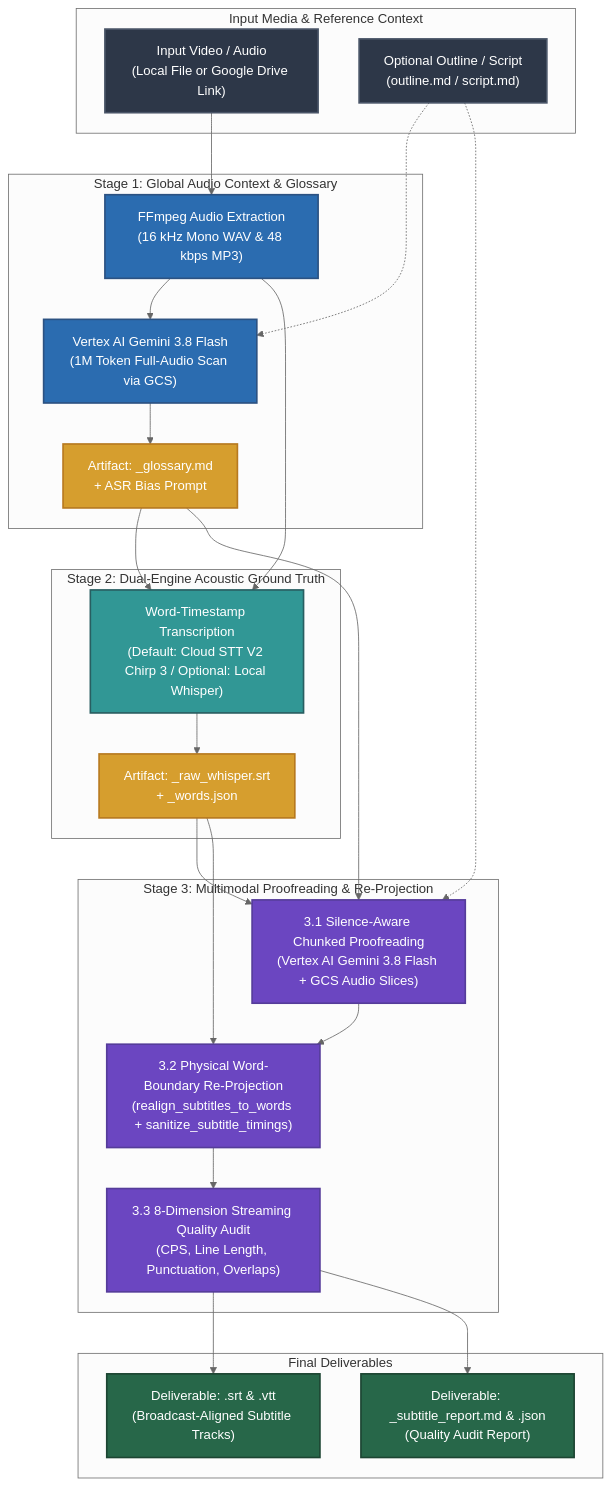
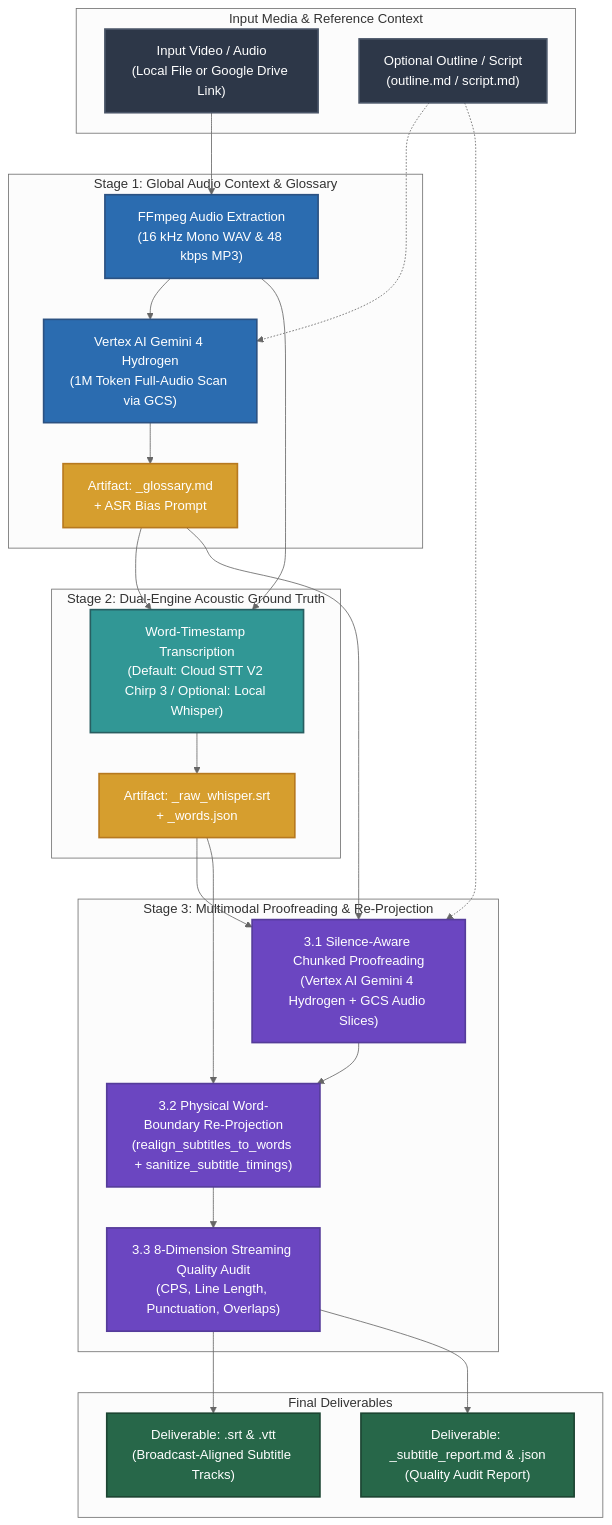
The diagram in README.md (sylphlin/subtitle-craft), drawn with Mermaid (neutral theme) before and after one commit. The commit also changed other lines of this file and 13 other files, not shown here.

First line of the commit message:
feat(model): upgrade Stage 1 and Stage 3 LLM to Gemini 4 Hydrogen (gemini-4-hydrogen)

````diff
--- a/README.md
+++ b/README.md
@@ -74,52 +79,52 @@
 ```mermaid
 flowchart TD
     classDef inputStyle fill:#2D3748,stroke:#4A5568,stroke-width:2px,color:#fff;
     classDef stage1Style fill:#2B6CB0,stroke:#2C5282,stroke-width:2px,color:#fff;
     classDef stage2Style fill:#319795,stroke:#285E61,stroke-width:2px,color:#fff;
     classDef stage3Style fill:#6B46C1,stroke:#553C9A,stroke-width:2px,color:#fff;
     classDef artifactStyle fill:#D69E2E,stroke:#B7791F,stroke-width:2px,color:#fff;
     classDef outputStyle fill:#276749,stroke:#1C4532,stroke-width:2px,color:#fff;
 
     subgraph Inputs["Input Media & Reference Context"]
         IN["Input Video / Audio<br/>(Local File or Google Drive Link)"]:::inputStyle
         REF["Optional Outline / Script<br/>(outline.md / script.md)"]:::inputStyle
     end
 
     subgraph Stage1["Stage 1: Global Audio Context & Glossary"]
         S0["FFmpeg Audio Extraction<br/>(16 kHz Mono WAV & 48 kbps MP3)"]:::stage1Style
-        S1["Vertex AI Gemini 3.8 Flash<br/>(1M Token Full-Audio Scan via GCS)"]:::stage1Style
+        S1["Vertex AI Gemini 4 Hydrogen<br/>(1M Token Full-Audio Scan via GCS)"]:::stage1Style
         GL["Artifact: <basename>_glossary.md<br/>+ ASR Bias Prompt"]:::artifactStyle
     end
 
     subgraph Stage2["Stage 2: Dual-Engine Acoustic Ground Truth"]
         S2["Word-Timestamp Transcription<br/>(Default: Cloud STT V2 Chirp 3 / Optional: Local Whisper)"]:::stage2Style
         WD["Artifact: <basename>_raw_whisper.srt<br/>+ <basename>_words.json"]:::artifactStyle
     end
 
     subgraph Stage3["Stage 3: Multimodal Proofreading & Re-Projection"]
-        S3_1["3.1 Silence-Aware Chunked Proofreading<br/>(Vertex AI Gemini 3.8 Flash + GCS Audio Slices)"]:::stage3Style
+        S3_1["3.1 Silence-Aware Chunked Proofreading<br/>(Vertex AI Gemini 4 Hydrogen + GCS Audio Slices)"]:::stage3Style
         S3_2["3.2 Physical Word-Boundary Re-Projection<br/>(realign_subtitles_to_words + sanitize_subtitle_timings)"]:::stage3Style
         S3_3["3.3 8-Dimension Streaming Quality Audit<br/>(CPS, Line Length, Punctuation, Overlaps)"]:::stage3Style
     end
 
     subgraph Deliverables["Final Deliverables"]
         OUT_SUB["Deliverable: <basename>.srt & <basename>.vtt<br/>(Broadcast-Aligned Subtitle Tracks)"]:::outputStyle
         OUT_REP["Deliverable: <basename>_subtitle_report.md & .json<br/>(Quality Audit Report)"]:::outputStyle
     end
 
     IN --> S0
     S0 --> S1
     REF -.-> S1
     S1 --> GL
     S0 --> S2
     GL --> S2
     S2 --> WD
     WD --> S3_1
     GL --> S3_1
     REF -.-> S3_1
     S3_1 --> S3_2
     WD --> S3_2
     S3_2 --> S3_3
     S3_3 --> OUT_SUB
     S3_3 --> OUT_REP
 ```
````
